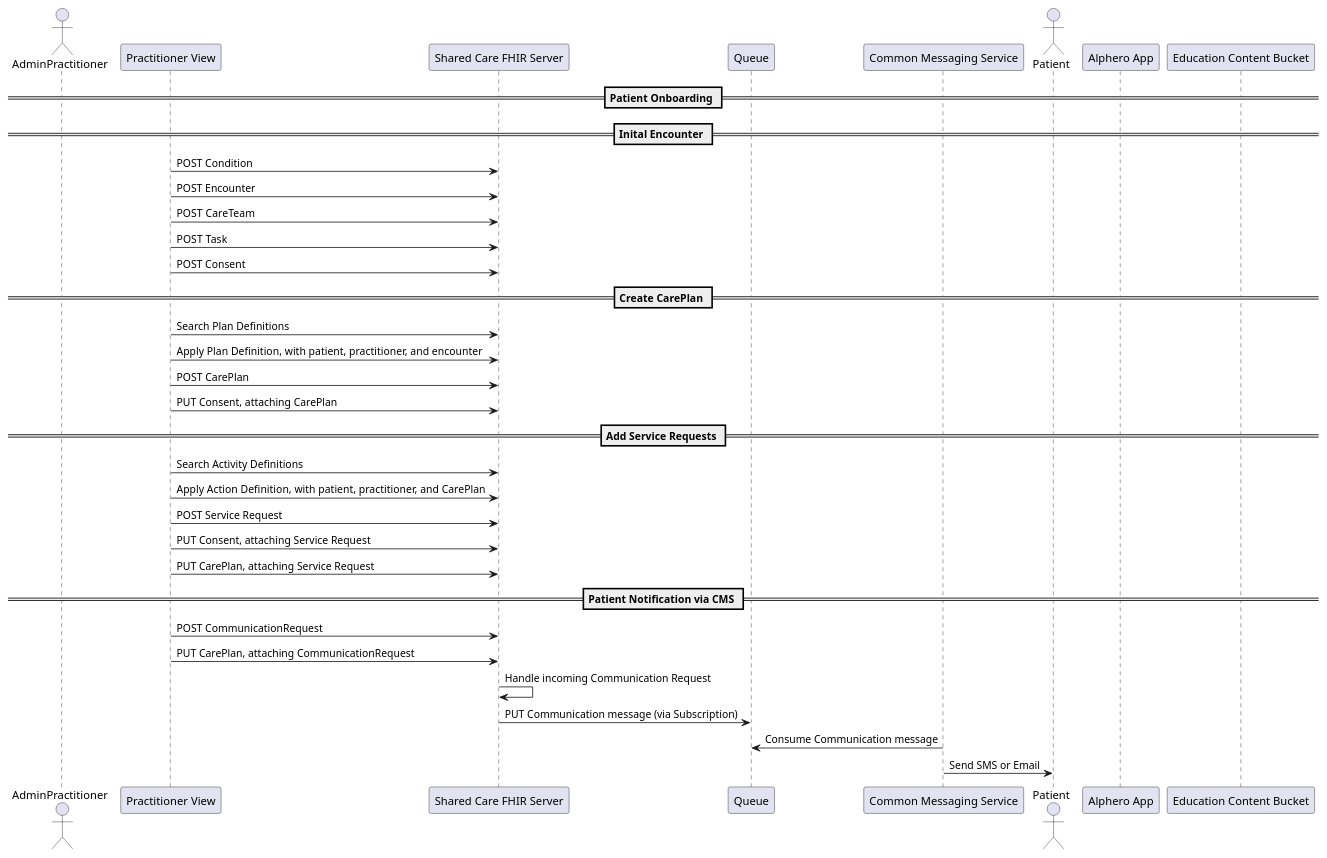
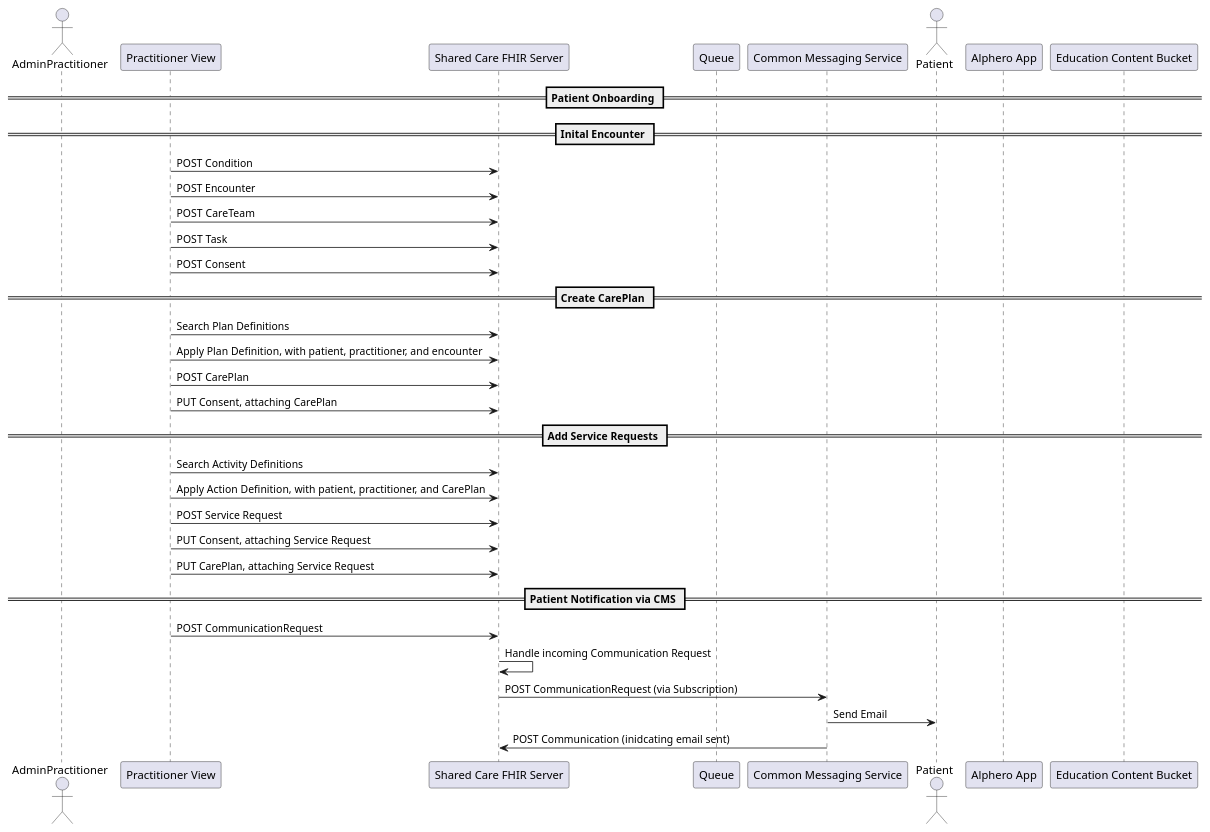
The diagram in input/images-source/rpm-patientOnboarding-flow.plantuml (tewhatuora/cinc-fhir-ig), drawn with PlantUML before and after one commit. The commit also changed 15 other files, not shown here.

```diff
--- a/input/images-source/rpm-patientOnboarding-flow.plantuml
+++ b/input/images-source/rpm-patientOnboarding-flow.plantuml
@@ -1,44 +1,43 @@
 @startuml
 actor AdminPractitioner
 participant "Practitioner View" as PV
 participant "Shared Care FHIR Server" as FHIR
 participant "Queue" as MQ
 participant "Common Messaging Service" as CMS
 actor Patient
 participant "Alphero App" as App
 participant "Education Content Bucket" as ECB
 
 == Patient Onboarding ==
 
 == Inital Encounter ==
 PV -> FHIR : POST Condition 
 PV -> FHIR : POST Encounter
 PV -> FHIR : POST CareTeam
 PV -> FHIR : POST Task
 PV -> FHIR : POST Consent
 
 
 == Create CarePlan ==
 PV -> FHIR : Search Plan Definitions
 PV -> FHIR : Apply Plan Definition, with patient, practitioner, and encounter
 PV -> FHIR : POST CarePlan
 PV -> FHIR : PUT Consent, attaching CarePlan
 
 == Add Service Requests ==
 PV -> FHIR : Search Activity Definitions
 PV -> FHIR : Apply Action Definition, with patient, practitioner, and CarePlan
 PV -> FHIR : POST Service Request
 PV -> FHIR : PUT Consent, attaching Service Request
 PV -> FHIR : PUT CarePlan, attaching Service Request
 
 
 == Patient Notification via CMS ==
 
 PV -> FHIR : POST CommunicationRequest
-PV -> FHIR : PUT CarePlan, attaching CommunicationRequest
 FHIR -> FHIR : Handle incoming Communication Request
-FHIR -> MQ : PUT Communication message (via Subscription)
-CMS -> MQ : Consume Communication message
-CMS -> Patient : Send SMS or Email
+FHIR -> CMS : POST CommunicationRequest (via Subscription)
+CMS -> Patient : Send Email
+CMS -> FHIR : POST Communication (inidcating email sent)
 
 @enduml
```
